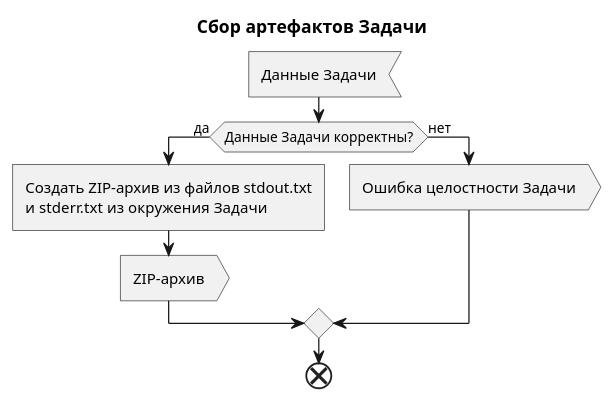
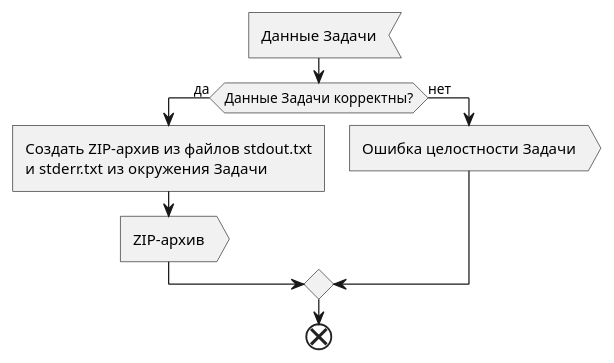
The seventh of 7 diagrams in docs/diagrams/activity/Job.Worker.puml (mrypdm/JobSystem), drawn with PlantUML before and after one commit. The commit also changed other lines of this file and 19 other files, not shown here.

```diff
--- a/docs/diagrams/activity/Job.Worker.puml
+++ b/docs/diagrams/activity/Job.Worker.puml
@@ -179,17 +167,15 @@
 @startuml Results collector
-
-title Сбор артефактов Задачи
 
 :Данные Задачи<
 
 if (Данные Задачи корректны?) then (да)
     :Создать ZIP-архив из файлов stdout.txt
     и stderr.txt из окружения Задачи]
     :ZIP-архив>
 else (нет)
     :Ошибка целостности Задачи>
 endif
 
 end
 
 @enduml
```
